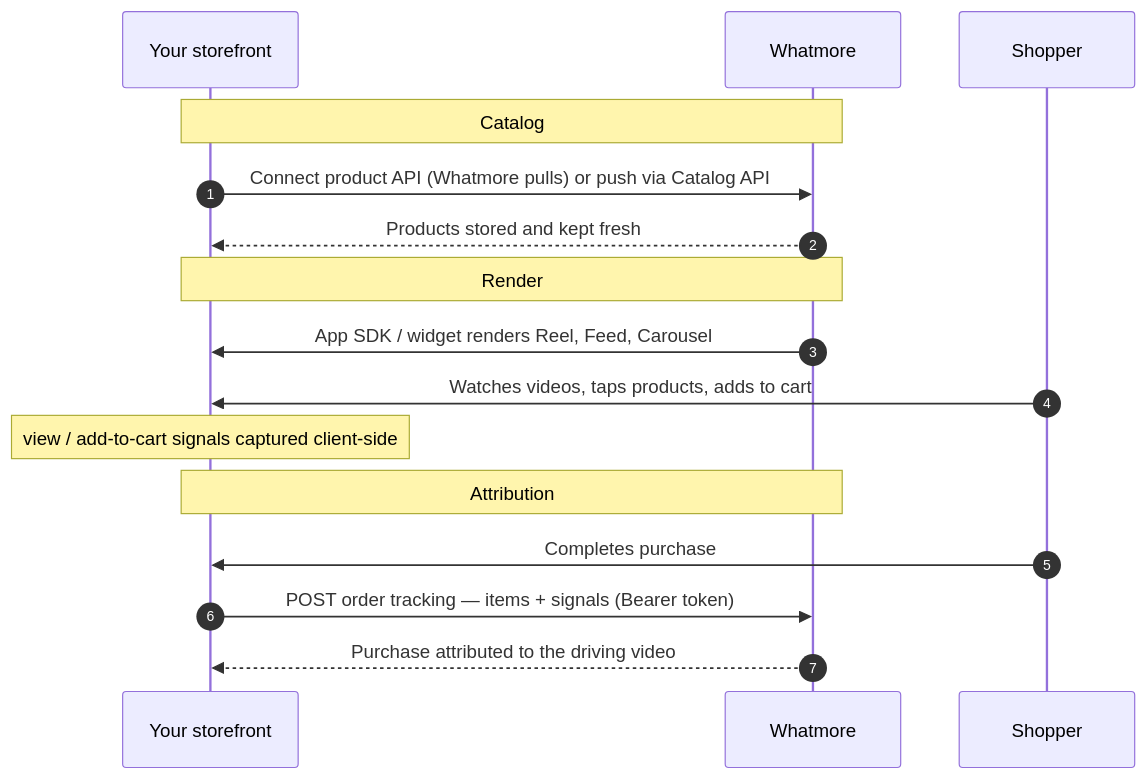
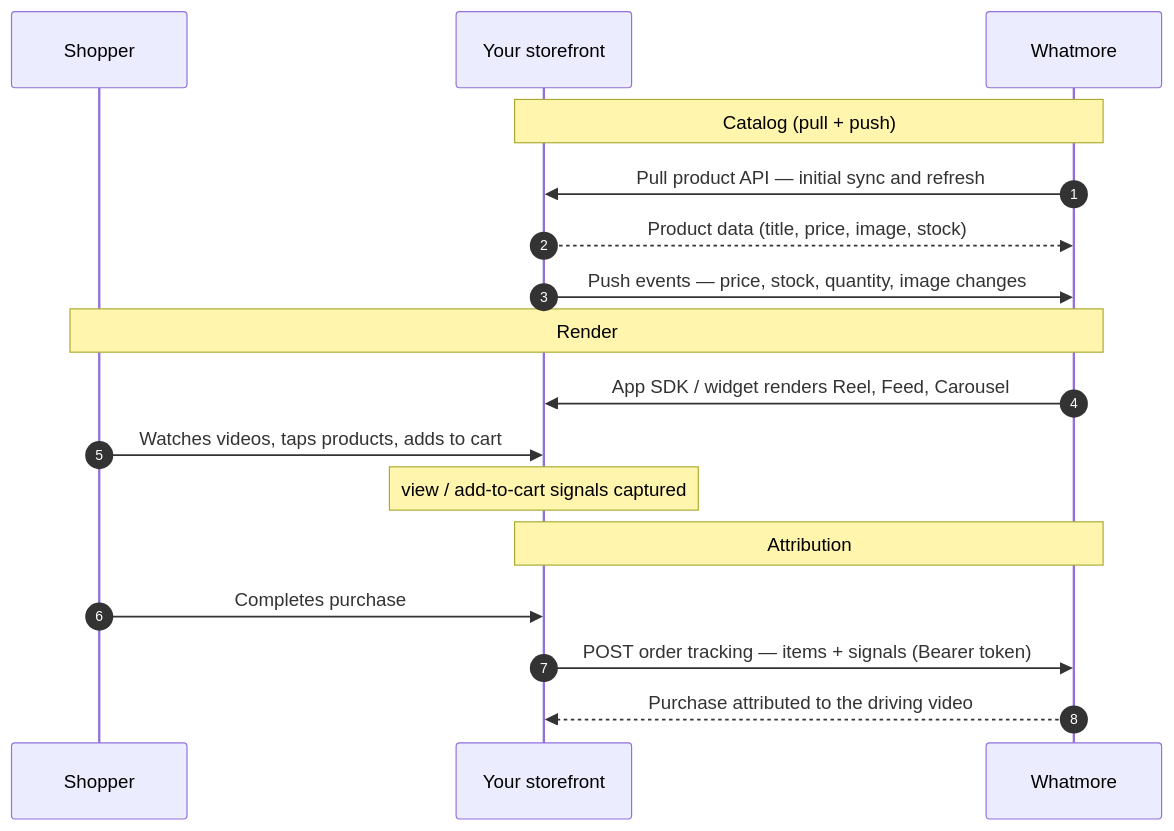
One commit to projectx-tech/whatmore-docs changed the diagram in integrations/overview.md. Above: the diagram before and after it, drawn with Mermaid. The commit also changed other lines of this file and 8 other files, not shown here.

First line of the commit message:
Catalog: reframe as pull (load/refresh) AND push (event updates); diagram fix

````diff
--- a/integrations/overview.md
+++ b/integrations/overview.md
@@ -45,21 +46,22 @@
 ```mermaid
 sequenceDiagram
     autonumber
+    participant U as Shopper
     participant S as Your storefront
     participant W as Whatmore
-    participant U as Shopper
 
-    Note over S,W: Catalog
-    S->>W: Connect product API (Whatmore pulls) or push via Catalog API
-    W-->>S: Products stored and kept fresh
+    Note over S,W: Catalog (pull + push)
+    W->>S: Pull product API — initial sync and refresh
+    S-->>W: Product data (title, price, image, stock)
+    S->>W: Push events — price, stock, quantity, image changes
 
-    Note over S,W: Render
+    Note over U,W: Render
     W->>S: App SDK / widget renders Reel, Feed, Carousel
     U->>S: Watches videos, taps products, adds to cart
-    Note over S: view / add-to-cart signals captured client-side
+    Note over S: view / add-to-cart signals captured
 
     Note over S,W: Attribution
     U->>S: Completes purchase
     S->>W: POST order tracking — items + signals (Bearer token)
     W-->>S: Purchase attributed to the driving video
 ```
````
